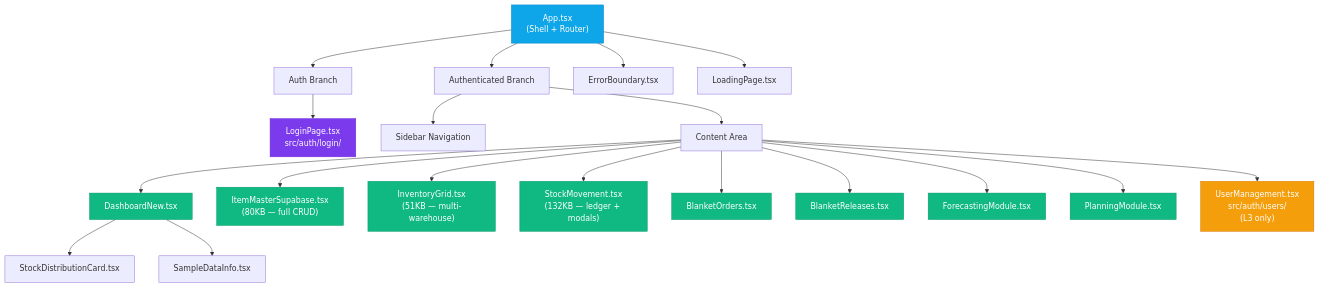
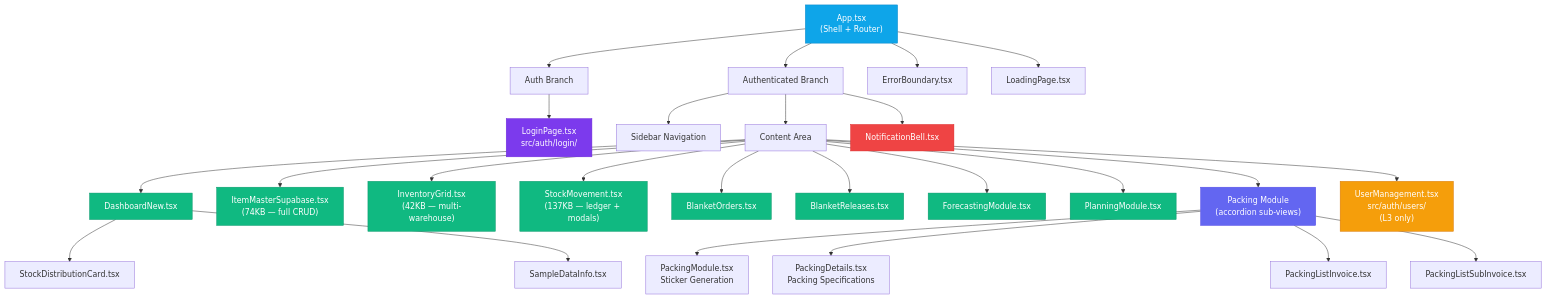
One commit to AutoCrat-Engineers/WarehouseManagementSystem changed the diagram in docs/architecture/03-FRONTEND-ARCHITECTURE.md. Above: the diagram before and after it, drawn with Mermaid. The commit also changed other lines of this file and 16 other files, not shown here.

Commit message:
docs(v0.3.2): update README, architecture docs with Packing Module, Notifications, and version bump

````diff
--- a/docs/architecture/03-FRONTEND-ARCHITECTURE.md
+++ b/docs/architecture/03-FRONTEND-ARCHITECTURE.md
@@ -27,40 +27,49 @@
 ```mermaid
 graph TD
     APP["App.tsx<br/>(Shell + Router)"]
 
     APP --> AUTH_BRANCH["Auth Branch"]
     APP --> MAIN_BRANCH["Authenticated Branch"]
 
     AUTH_BRANCH --> LOGIN["LoginPage.tsx<br/>src/auth/login/"]
 
     MAIN_BRANCH --> SIDEBAR["Sidebar Navigation"]
     MAIN_BRANCH --> CONTENT["Content Area"]
+    MAIN_BRANCH --> NB["NotificationBell.tsx"]
 
     CONTENT --> DASH["DashboardNew.tsx"]
-    CONTENT --> IM["ItemMasterSupabase.tsx<br/>(80KB — full CRUD)"]
-    CONTENT --> IG["InventoryGrid.tsx<br/>(51KB — multi-warehouse)"]
-    CONTENT --> SM["StockMovement.tsx<br/>(132KB — ledger + modals)"]
+    CONTENT --> IM["ItemMasterSupabase.tsx<br/>(74KB — full CRUD)"]
+    CONTENT --> IG["InventoryGrid.tsx<br/>(42KB — multi-warehouse)"]
+    CONTENT --> SM["StockMovement.tsx<br/>(137KB — ledger + modals)"]
     CONTENT --> BO["BlanketOrders.tsx"]
     CONTENT --> BR["BlanketReleases.tsx"]
     CONTENT --> FM["ForecastingModule.tsx"]
     CONTENT --> PM["PlanningModule.tsx"]
+    CONTENT --> PKG["Packing Module<br/>(accordion sub-views)"]
     CONTENT --> UM["UserManagement.tsx<br/>src/auth/users/<br/>(L3 only)"]
+
+    PKG --> PKS["PackingModule.tsx<br/>Sticker Generation"]
+    PKG --> PKD["PackingDetails.tsx<br/>Packing Specifications"]
+    PKG --> PKLI["PackingListInvoice.tsx"]
+    PKG --> PKLS["PackingListSubInvoice.tsx"]
 
     DASH --> SDC["StockDistributionCard.tsx"]
     DASH --> SDI["SampleDataInfo.tsx"]
 
     APP --> EB["ErrorBoundary.tsx"]
     APP --> LOAD["LoadingPage.tsx"]
 
     style APP fill:#0ea5e9,stroke:#0284c7,color:#fff
     style LOGIN fill:#7c3aed,stroke:#6d28d9,color:#fff
     style DASH fill:#10b981,stroke:#059669,color:#fff
     style IM fill:#10b981,stroke:#059669,color:#fff
     style IG fill:#10b981,stroke:#059669,color:#fff
     style SM fill:#10b981,stroke:#059669,color:#fff
     style BO fill:#10b981,stroke:#059669,color:#fff
     style BR fill:#10b981,stroke:#059669,color:#fff
     style FM fill:#10b981,stroke:#059669,color:#fff
     style PM fill:#10b981,stroke:#059669,color:#fff
+    style PKG fill:#6366f1,stroke:#4f46e5,color:#fff
     style UM fill:#f59e0b,stroke:#d97706,color:#fff
+    style NB fill:#ef4444,stroke:#dc2626,color:#fff
 ```
````
